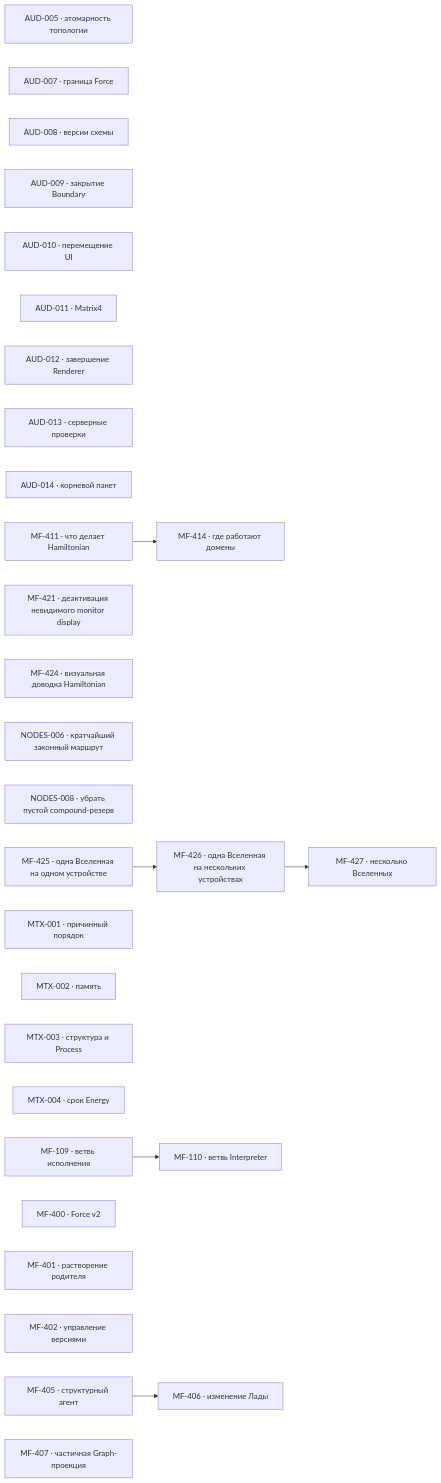
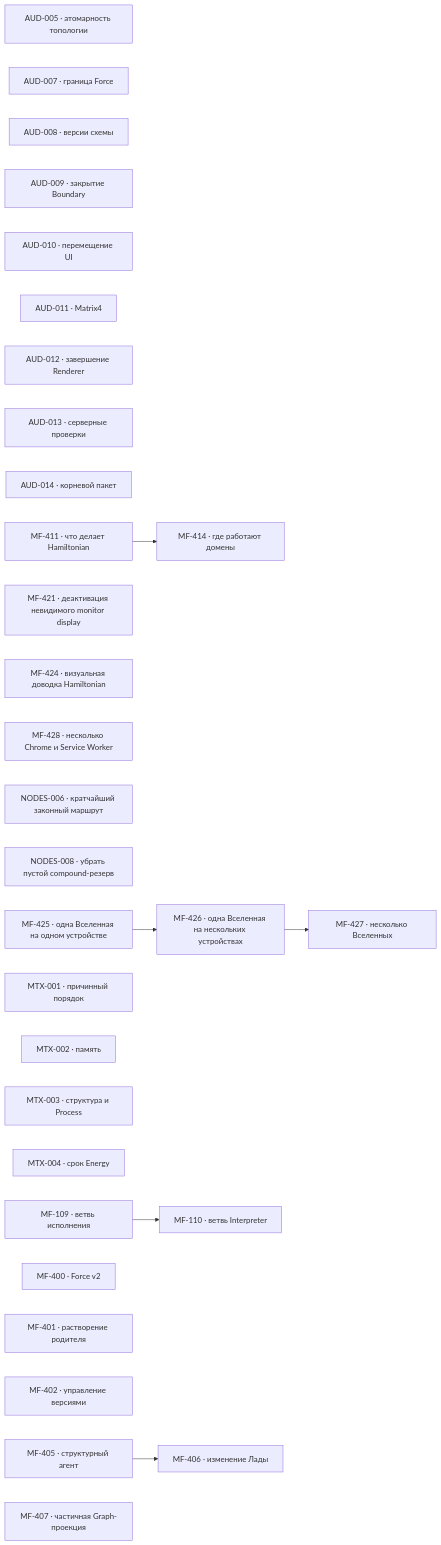
Before and after one commit to zavx0z/metafor: the diagram in project/TODO.md, drawn with Mermaid. The commit also changed other lines of this file and 15 other files, not shown here.

````diff
--- a/project/TODO.md
+++ b/project/TODO.md
@@ -13,38 +13,39 @@
 ```mermaid
 flowchart LR
     AUD005["AUD-005 · атомарность топологии"]
     AUD007["AUD-007 · граница Force"]
     AUD008["AUD-008 · версии схемы"]
     AUD009["AUD-009 · закрытие Boundary"]
     AUD010["AUD-010 · перемещение UI"]
     AUD011["AUD-011 · Matrix4"]
     AUD012["AUD-012 · завершение Renderer"]
     AUD013["AUD-013 · серверные проверки"]
     AUD014["AUD-014 · корневой пакет"]
     MF411["MF-411 · что делает Hamiltonian"]
     MF414["MF-414 · где работают домены"]
     MF421["MF-421 · деактивация невидимого monitor display"]
     MF424["MF-424 · визуальная доводка Hamiltonian"]
+    MF428["MF-428 · несколько Chrome и Service Worker"]
     NODES006["NODES-006 · кратчайший законный маршрут"]
     NODES008["NODES-008 · убрать пустой compound-резерв"]
     MF425["MF-425 · одна Вселенная на одном устройстве"]
     MF426["MF-426 · одна Вселенная на нескольких устройствах"]
     MF427["MF-427 · несколько Вселенных"]
     MTX001["MTX-001 · причинный порядок"]
     MTX002["MTX-002 · память"]
     MTX003["MTX-003 · структура и Process"]
     MTX004["MTX-004 · срок Energy"]
     MF109["MF-109 · ветвь исполнения"]
     MF110["MF-110 · ветвь Interpreter"]
     MF400["MF-400 · Force v2"]
     MF401["MF-401 · растворение родителя"]
     MF402["MF-402 · управление версиями"]
     MF405["MF-405 · структурный агент"]
     MF406["MF-406 · изменение Лады"]
     MF407["MF-407 · частичная Graph-проекция"]
     MF109 --> MF110
     MF405 --> MF406
     MF411 --> MF414
     MF425 --> MF426
     MF426 --> MF427
 ```
````
